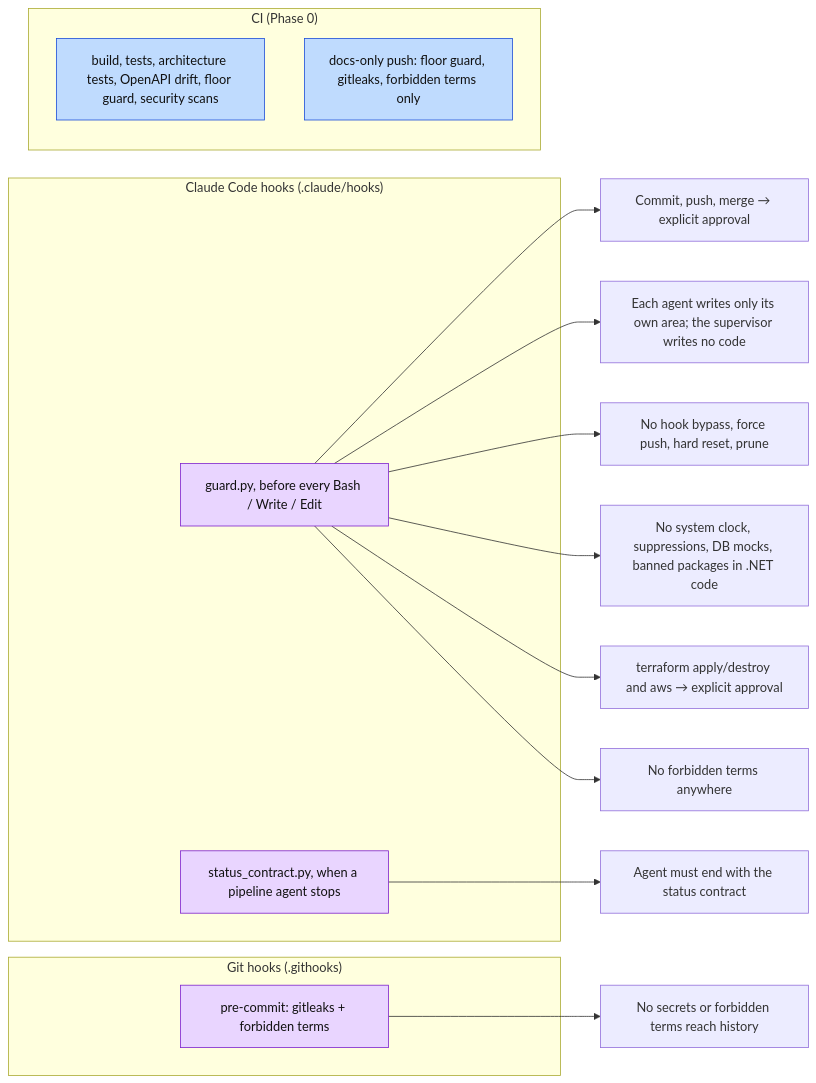
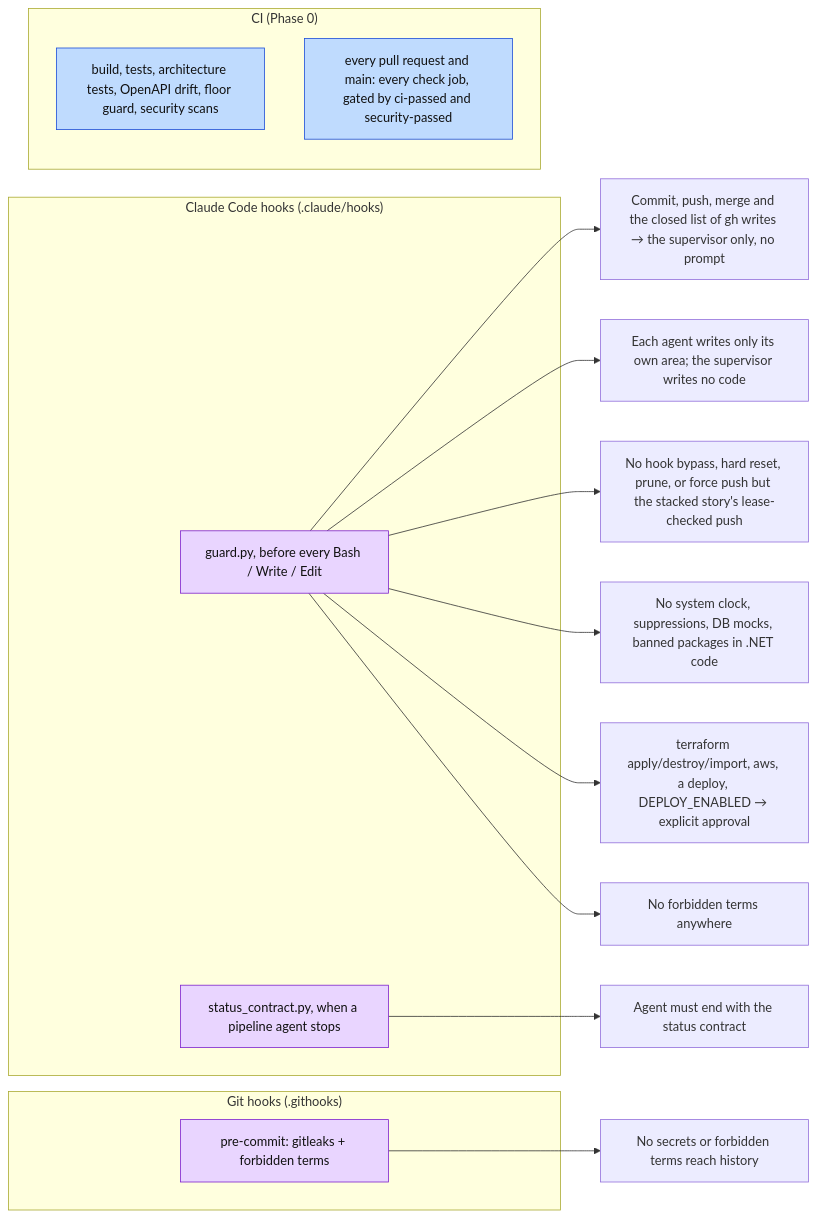
Before and after one commit to njabulozmnisi/disputedesk: the third of 3 diagrams in docs/process/agentic-sdlc.md, drawn with Mermaid. The commit also changed other lines of this file and 249 other files, not shown here.

First line of the commit message:
Stories merge through their pull request and the guard bounds the flow (#7)

````diff
--- a/docs/process/agentic-sdlc.md
+++ b/docs/process/agentic-sdlc.md
@@ -110,26 +124,26 @@
 ```mermaid
 flowchart LR
     classDef hook fill:#e9d5ff,stroke:#7e22ce,color:#111
     classDef ci fill:#bfdbfe,stroke:#1d4ed8,color:#111
 
     subgraph CC["Claude Code hooks (.claude/hooks)"]
         GU[guard.py, before every Bash / Write / Edit]:::hook
         SC[status_contract.py, when a pipeline agent stops]:::hook
     end
     subgraph GIT["Git hooks (.githooks)"]
         PC[pre-commit: gitleaks + forbidden terms]:::hook
     end
     subgraph CI["CI (Phase 0)"]
         CIx[build, tests, architecture tests, OpenAPI drift, floor guard, security scans]:::ci
-        CId[docs-only push: floor guard, gitleaks, forbidden terms only]:::ci
+        CId[every pull request and main: every check job, gated by ci-passed and security-passed]:::ci
     end
 
-    GU --> G1[Commit, push, merge → explicit approval]
+    GU --> G1[Commit, push, merge and the closed list of gh writes → the supervisor only, no prompt]
     GU --> G2[Each agent writes only its own area; the supervisor writes no code]
-    GU --> G3[No hook bypass, force push, hard reset, prune]
+    GU --> G3[No hook bypass, hard reset, prune, or force push but the stacked story's lease-checked push]
     GU --> G4[No system clock, suppressions, DB mocks, banned packages in .NET code]
-    GU --> G5[terraform apply/destroy and aws → explicit approval]
+    GU --> G5[terraform apply/destroy/import, aws, a deploy, DEPLOY_ENABLED → explicit approval]
     GU --> G6[No forbidden terms anywhere]
     SC --> G7[Agent must end with the status contract]
     PC --> G8[No secrets or forbidden terms reach history]
 ```
````
